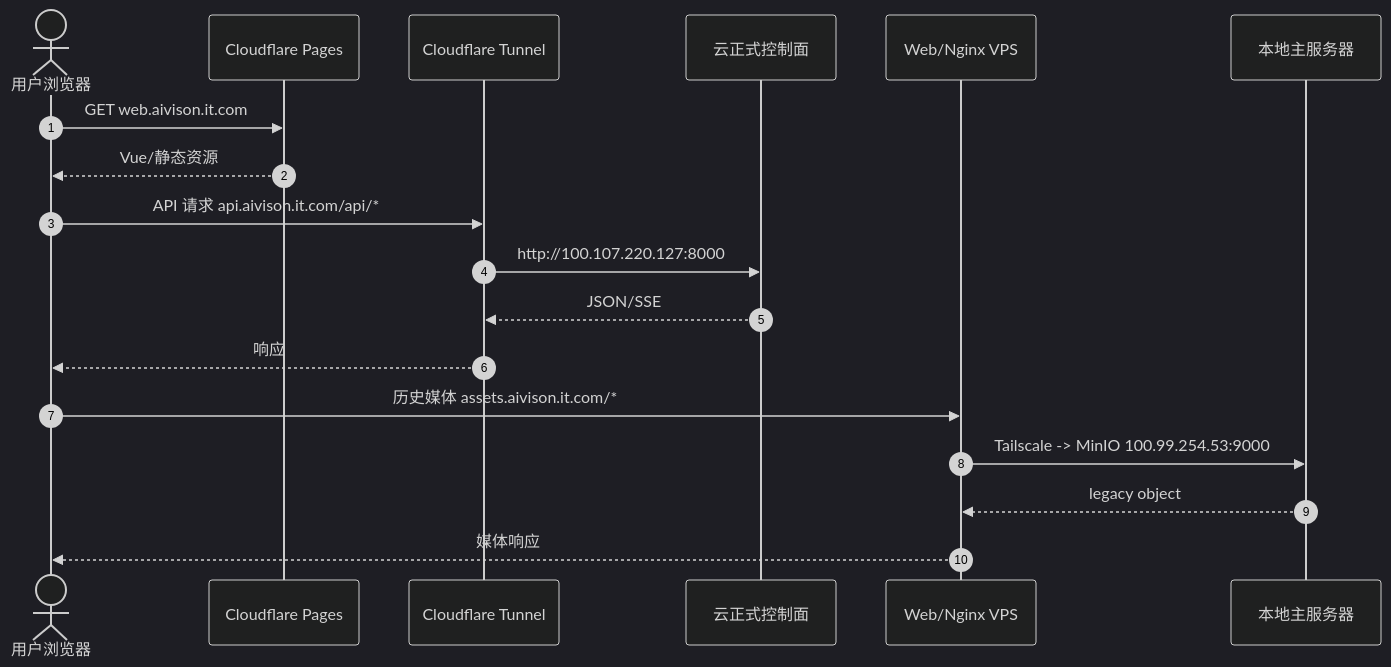
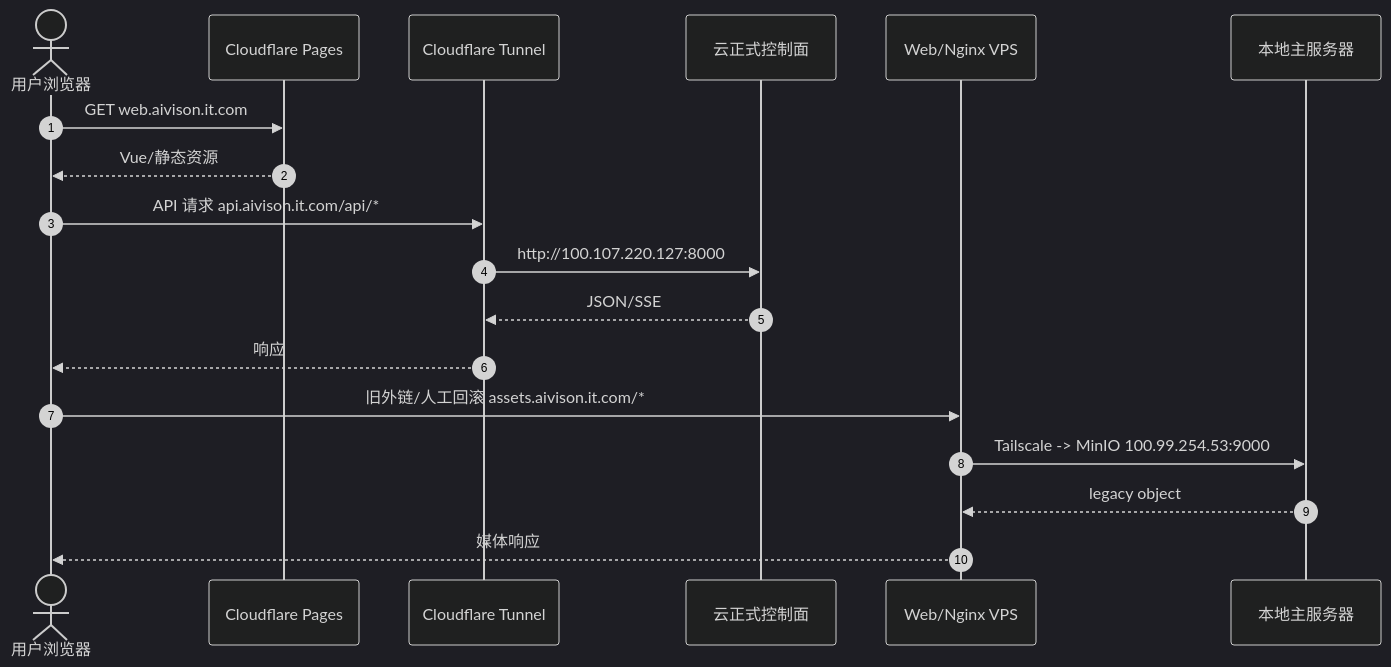
The first of 2 diagrams in docs/子模块_网络暴露与代理穿透_network_proxy.md (giraffu/All_bot), drawn with Mermaid (dark theme) before and after one commit. The commit also changed other lines of this file and 20 other files, not shown here.

````diff
--- a/docs/子模块_网络暴露与代理穿透_network_proxy.md
+++ b/docs/子模块_网络暴露与代理穿透_network_proxy.md
@@ -22,22 +22,22 @@
 ```mermaid
 sequenceDiagram
     autonumber
     actor User as 用户浏览器
     participant Pages as Cloudflare Pages
     participant Tunnel as Cloudflare Tunnel
     participant Cloud as 云正式控制面
     participant VPS as Web/Nginx VPS
     participant Local as 本地主服务器
 
     User->>Pages: GET web.aivison.it.com
     Pages-->>User: Vue/静态资源
     User->>Tunnel: API 请求 api.aivison.it.com/api/*
     Tunnel->>Cloud: http://100.107.220.127:8000
     Cloud-->>Tunnel: JSON/SSE
     Tunnel-->>User: 响应
 
-    User->>VPS: 历史媒体 assets.aivison.it.com/*
+    User->>VPS: 旧外链/人工回滚 assets.aivison.it.com/*
     VPS->>Local: Tailscale -> MinIO 100.99.254.53:9000
     Local-->>VPS: legacy object
     VPS-->>User: 媒体响应
 ```
````
